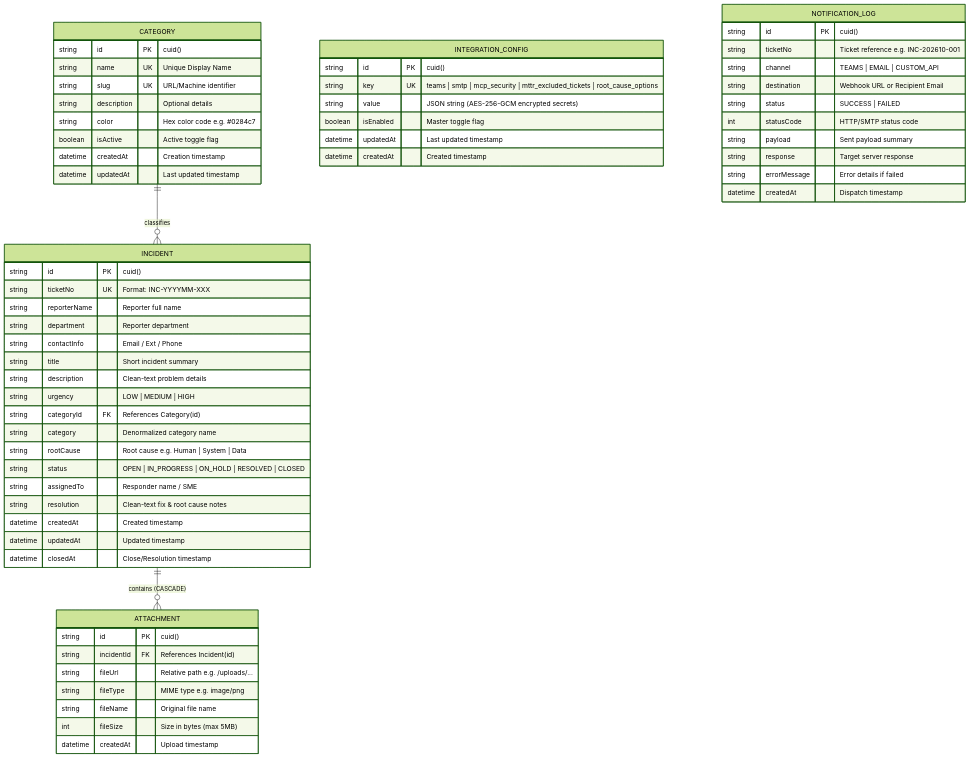
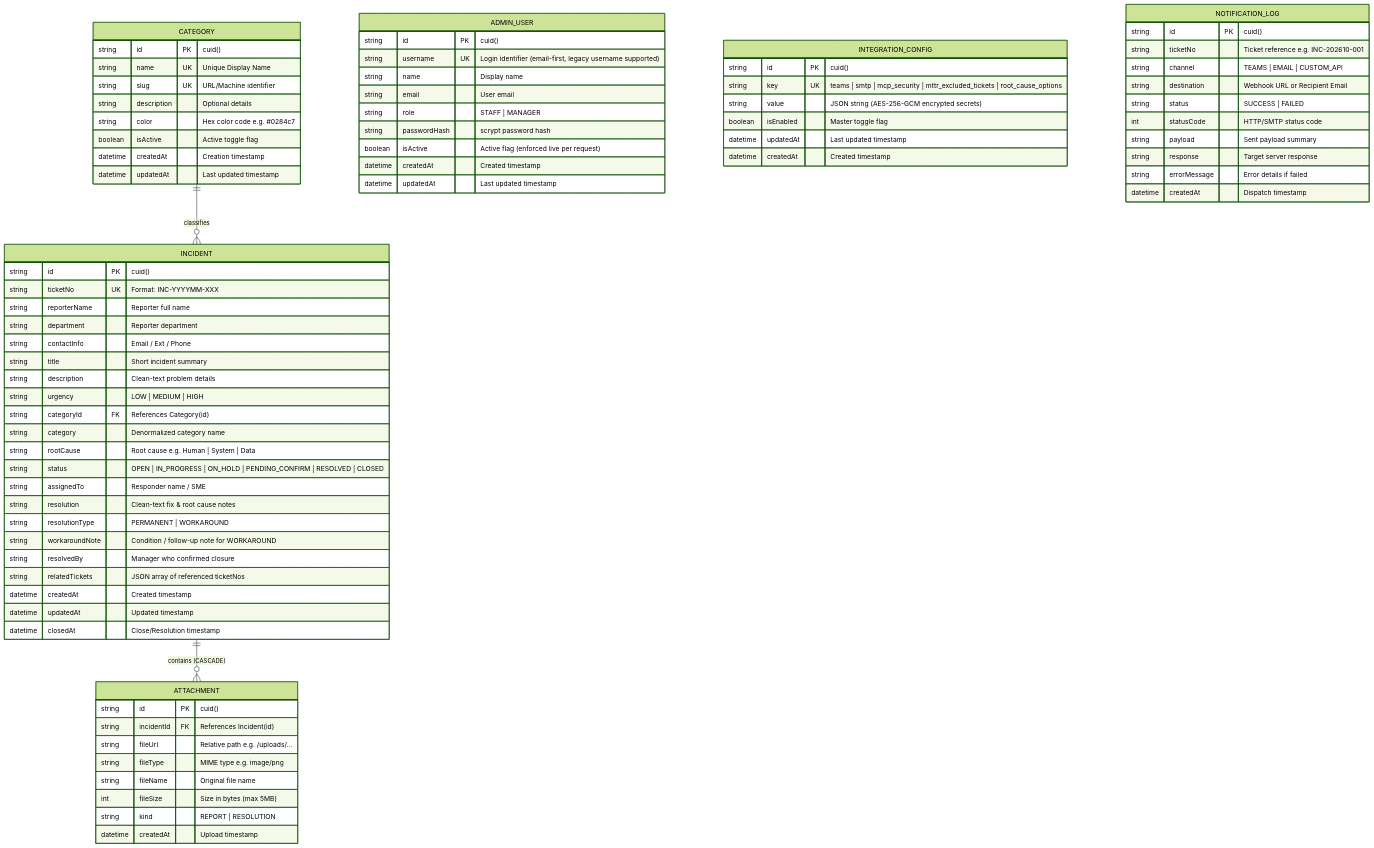
One commit to lookmhen/incident-tracker changed the first of 2 diagrams in DATA_DICTIONARY.md. Above: the diagram before and after it, drawn with Mermaid (forest theme). The commit also changed other lines of this file and 6 other files, not shown here.

Commit message:
feat(incidents): enforce workflow-driven status transitions, claim-before-confirm guard, and state machine docs

```diff
--- a/DATA_DICTIONARY.md
+++ b/DATA_DICTIONARY.md
@@ -37,12 +37,28 @@
         string categoryId FK "References Category(id)"
         string category "Denormalized category name"
         string rootCause "Root cause e.g. Human | System | Data"
-        string status "OPEN | IN_PROGRESS | ON_HOLD | RESOLVED | CLOSED"
+        string status "OPEN | IN_PROGRESS | ON_HOLD | PENDING_CONFIRM | RESOLVED | CLOSED"
         string assignedTo "Responder name / SME"
         string resolution "Clean-text fix & root cause notes"
+        string resolutionType "PERMANENT | WORKAROUND"
+        string workaroundNote "Condition / follow-up note for WORKAROUND"
+        string resolvedBy "Manager who confirmed closure"
+        string relatedTickets "JSON array of referenced ticketNos"
         datetime createdAt "Created timestamp"
         datetime updatedAt "Updated timestamp"
         datetime closedAt "Close/Resolution timestamp"
+    }
+
+    ADMIN_USER {
+        string id PK "cuid()"
+        string username UK "Login identifier (email-first, legacy username supported)"
+        string name "Display name"
+        string email "User email"
+        string role "STAFF | MANAGER"
+        string passwordHash "scrypt password hash"
+        boolean isActive "Active flag (enforced live per request)"
+        datetime createdAt "Created timestamp"
+        datetime updatedAt "Last updated timestamp"
     }
 
     ATTACHMENT {
@@ -52,6 +68,7 @@
         string fileType "MIME type e.g. image/png"
         string fileName "Original file name"
         int fileSize "Size in bytes (max 5MB)"
+        string kind "REPORT | RESOLUTION"
         datetime createdAt "Upload timestamp"
     }
 
```
